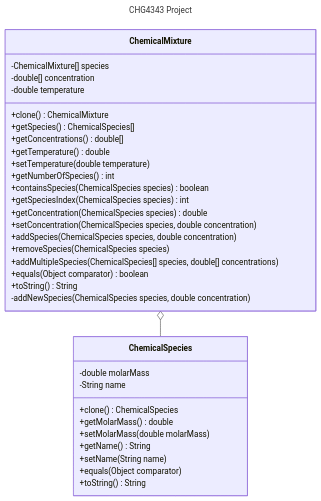
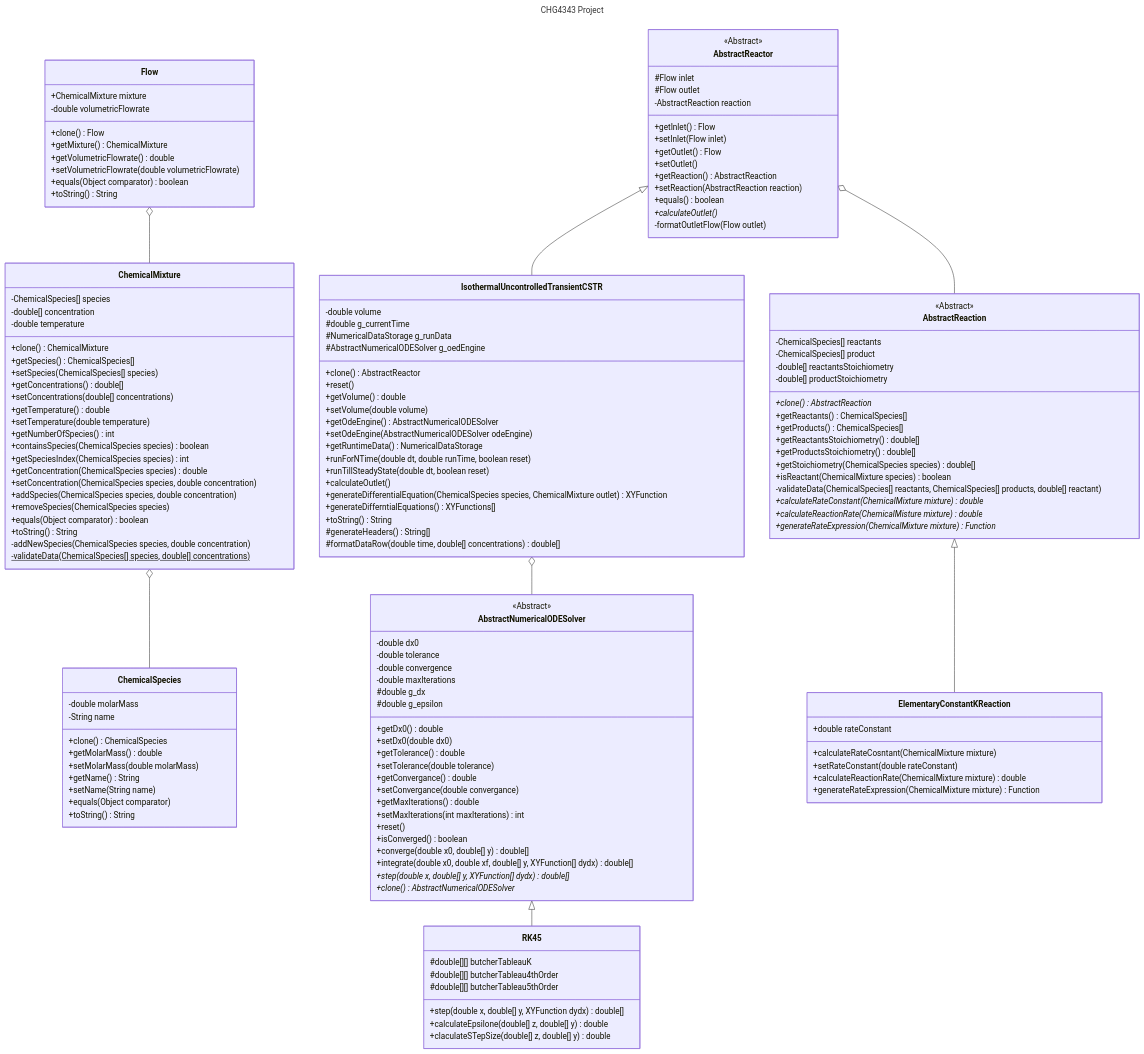
One commit to ILIANEG/CSTRSimulator.Java changed the diagram in additional_documents/Diagram.mmd. Above: the diagram before and after it, drawn with Mermaid.

Commit message:
Diagram is 60% done

```diff
--- a/additional_documents/Diagram.mmd
+++ b/additional_documents/Diagram.mmd
@@ -1,37 +1,151 @@
 ---
 title: CHG4343 Project
 ---
 classDiagram
+    %% Relationship between concrete classes
     ChemicalMixture o-- ChemicalSpecies
-      class ChemicalSpecies{
-          -double molarMass
-          -String name
-          +clone() ChemicalSpecies
-          +getMolarMass() double
-          +setMolarMass(double molarMass)
-          +getName() String
-          +setName(String name)
-          +equals(Object comparator)
-          +toString() String
-      }
-      class ChemicalMixture{
-          -ChemicalMixture[] species
-          -double[] concentration
-          -double temperature
-          +clone() ChemicalMixture
-          +getSpecies() ChemicalSpecies[]
-          +getConcentrations() double[]
-          +getTemperature() double
-          +setTemperature(double temperature)
-          +getNumberOfSpecies() int
-          +containsSpecies(ChemicalSpecies species) boolean
-          +getSpeciesIndex(ChemicalSpecies species) int
-          +getConcentration(ChemicalSpecies species) double
-          +setConcentration(ChemicalSpecies species, double concentration)
-          +addSpecies(ChemicalSpecies species, double concentration)
-          +removeSpecies(ChemicalSpecies species)
-          +addMultipleSpecies(ChemicalSpecies[] species, double[] concentrations)
-          +equals(Object comparator) boolean
-          +toString() String
-          -addNewSpecies(ChemicalSpecies species, double concentration)
-      }
+    Flow o-- ChemicalMixture
+    AbstractReactor o-- AbstractReaction
+    IsothermalUncontrolledTransientCSTR o-- AbstractNumericalODESolver
+
+    %% IsA relationships
+    AbstractReaction <|-- ElementaryConstantKReaction
+    AbstractNumericalODESolver <|-- RK45
+    AbstractReactor <|-- IsothermalUncontrolledTransientCSTR
+
+    class ChemicalSpecies {
+        -double molarMass
+        -String name
+        +clone() ChemicalSpecies
+        +getMolarMass() double
+        +setMolarMass(double molarMass)
+        +getName() String
+        +setName(String name)
+        +equals(Object comparator)
+        +toString() String
+    }
+    class ChemicalMixture {
+        -ChemicalSpecies[] species
+        -double[] concentration
+        -double temperature
+        +clone() ChemicalMixture
+        +getSpecies() ChemicalSpecies[]
+        +setSpecies(ChemicalSpecies[] species)
+        +getConcentrations() double[]
+        +setConcentrations(double[] concentrations)
+        +getTemperature() double
+        +setTemperature(double temperature)
+        +getNumberOfSpecies() int
+        +containsSpecies(ChemicalSpecies species) boolean
+        +getSpeciesIndex(ChemicalSpecies species) int
+        +getConcentration(ChemicalSpecies species) double
+        +setConcentration(ChemicalSpecies species, double concentration)
+        +addSpecies(ChemicalSpecies species, double concentration)
+        +removeSpecies(ChemicalSpecies species)
+        +equals(Object comparator) boolean
+        +toString() String
+        -addNewSpecies(ChemicalSpecies species, double concentration)
+        -validateData(ChemicalSpecies[] species, double[] concentrations)$
+    }
+    class Flow {
+        +ChemicalMixture mixture
+        -double volumetricFlowrate
+        +clone() Flow
+        +getMixture() ChemicalMixture
+        +getVolumetricFlowrate() double
+        +setVolumetricFlowrate(double volumetricFlowrate)
+        +equals(Object comparator) boolean
+        +toString() String
+    }
+    class AbstractReaction {
+        <<Abstract>>
+        -ChemicalSpecies[] reactants
+        -ChemicalSpecies[] product
+        -double[] reactantsStoichiometry
+        -double[] productStoichiometry
+        +clone() AbstractReaction*
+        +getReactants() ChemicalSpecies[]
+        +getProducts() ChemicalSpecies[]
+        +getReactantsStoichiometry() double[]
+        +getProductsStoichiometry() double[]
+        +getStoichiometry(ChemicalSpecies species) double[]
+        +isReactant(ChemicalMixture species) boolean
+        -validateData(ChemicalSpecies[] reactants, ChemicalSpecies[] products, double[] reactant)
+        +calculateRateConstant(ChemicalMixture mixture) double*
+        +calculateReactionRate(ChemicalMisture mixture) double*
+        +generateRateExpression(ChemicalMixture mixture) Function*
+    }
+    class ElementaryConstantKReaction {
+        +double rateConstant
+        +calculateRateCosntant(ChemicalMixture mixture)
+        +setRateConstant(double rateConstant)
+        +calculateReactionRate(ChemicalMixture mixture) double
+        +generateRateExpression(ChemicalMixture mixture) Function
+    }
+    class AbstractReactor {
+        <<Abstract>>
+        #Flow inlet
+        #Flow outlet
+        -AbstractReaction reaction
+        +getInlet() Flow
+        +setInlet(Flow inlet)
+        +getOutlet() Flow
+        +setOutlet()
+        +getReaction() AbstractReaction
+        +setReaction(AbstractReaction reaction)
+        +equals() boolean
+        +calculateOutlet() *
+        -formatOutletFlow(Flow outlet)
+    }
+    class IsothermalUncontrolledTransientCSTR {
+        -double volume
+        #double g_currentTime
+        #NumericalDataStorage g_runData
+        #AbstractNumericalODESolver g_oedEngine
+        +clone() AbstractReactor
+        +reset()
+        +getVolume() double
+        +setVolume(double volume)
+        +getOdeEngine() AbstractNumericalODESolver
+        +setOdeEngine(AbstractNumericalODESolver odeEngine)
+        +getRuntimeData() NumericalDataStorage
+        +runForNTime(double dt, double runTime, boolean reset)
+        +runTillSteadyState(double dt, boolean reset)
+        +calculateOutlet()
+        +generateDifferentialEquation(ChemicalSpecies species, ChemicalMixture outlet) XYFunction
+        +generateDifferntialEquations() XYFunctions[]
+        +toString() String
+        #generateHeaders() String[]
+        #formatDataRow(double time, double[] concentrations) double[]
+    }
+    class AbstractNumericalODESolver {
+        <<Abstract>>
+        -double dx0
+        -double tolerance
+        -double convergence
+        -double maxIterations
+        #double g_dx
+        #double g_epsilon
+        +getDx0() double
+        +setDx0(double dx0)
+        +getTolerance() double
+        +setTolerance(double tolerance)
+        +getConvergance() double
+        +setConvergance(double convergance)
+        +getMaxIterations() double
+        +setMaxIterations(int maxIterations) int
+        +reset()
+        +isConverged() boolean
+        +converge(double x0, double[] y) double[]
+        +integrate(double x0, double xf, double[] y, XYFunction[] dydx) double[]
+        +step(double x, double[] y, XYFunction[] dydx) double[]*
+        +clone() AbstractNumericalODESolver*
+    }
+    class RK45 {
+        #double[][] butcherTableauK
+        #double[][] butcherTableau4thOrder
+        #double[][] butcherTableau5thOrder
+        +step(double x, double[] y, XYFunction dydx) double[]
+        +calculateEpsilone(double[] z, double[] y) double
+        +claculateSTepSize(double[] z, double[] y) double
+    }
```
